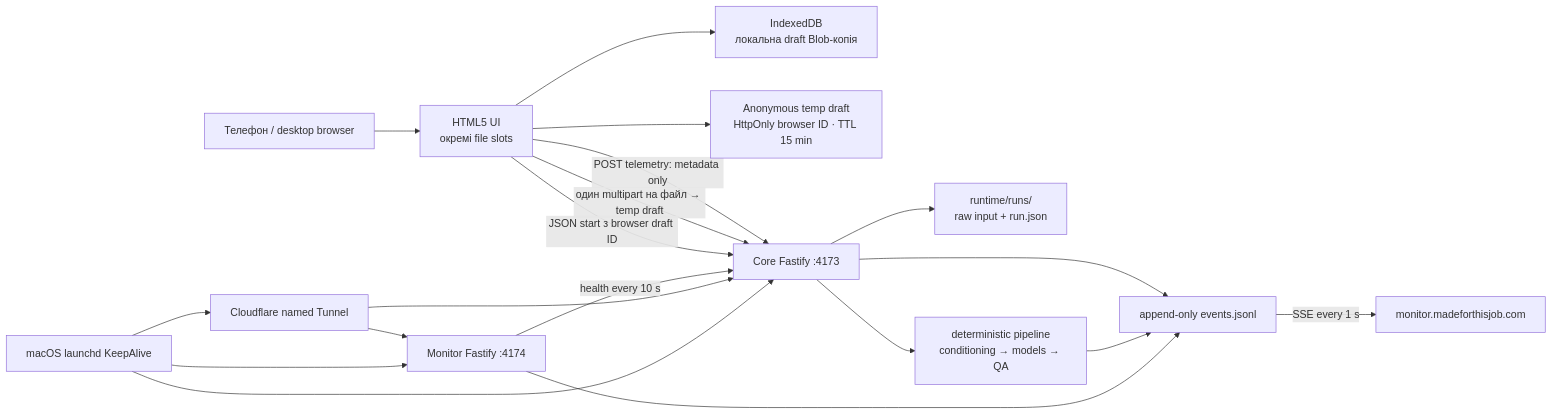
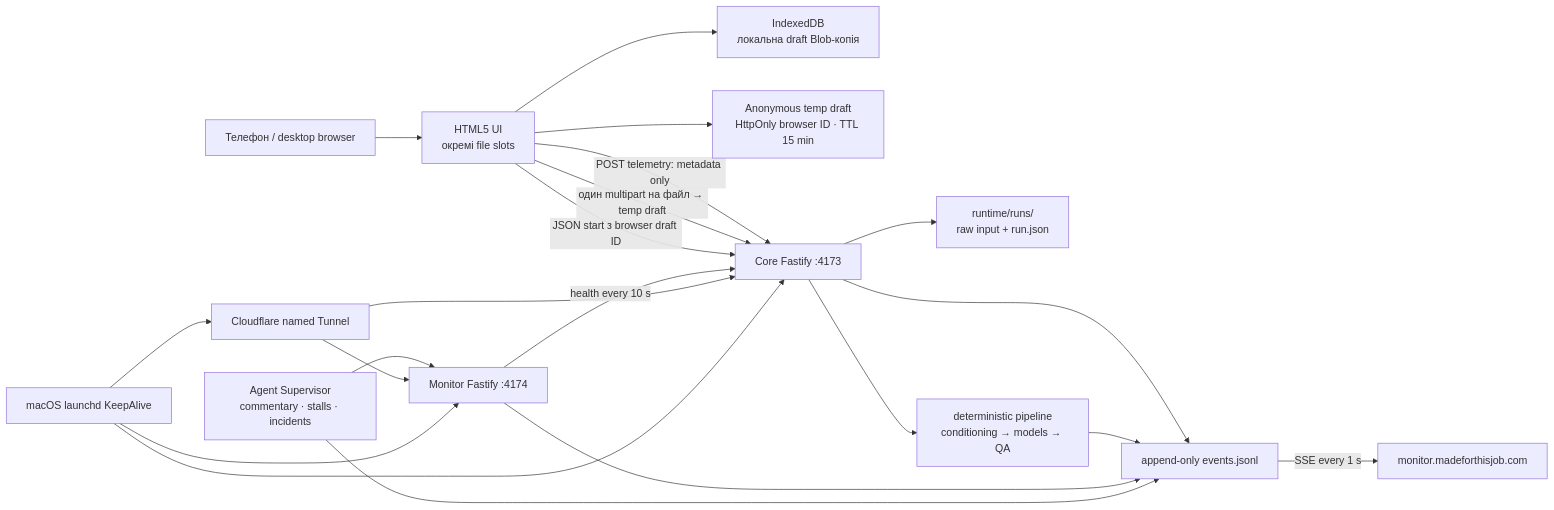
Before and after one commit to edwin0912-00/wardrobe-web2: the diagram in docs/LIVE_MONITORING_UA.md, drawn with Mermaid. The commit also changed other lines of this file and 28 other files, not shown here.

Commit message:
Group garment views and add live agent supervisor

````diff
--- a/docs/LIVE_MONITORING_UA.md
+++ b/docs/LIVE_MONITORING_UA.md
@@ -5,21 +5,23 @@
 ```mermaid
 flowchart LR
   A["Телефон / desktop browser"] --> B["HTML5 UI\nокремі file slots"]
   B --> C["IndexedDB\nлокальна draft Blob-копія"]
   B --> T["Anonymous temp draft\nHttpOnly browser ID · TTL 15 min"]
   B -->|"POST telemetry: metadata only"| D["Core Fastify :4173"]
   B -->|"один multipart на файл → temp draft"| D
   B -->|"JSON start з browser draft ID"| D
   D --> E["runtime/runs/<run-id>\nraw input + run.json"]
   D --> F["deterministic pipeline\nconditioning → models → QA"]
   D --> G["append-only events.jsonl"]
   F --> G
   H["Monitor Fastify :4174"] --> G
+  S["Agent Supervisor\ncommentary · stalls · incidents"] --> G
+  S --> H
   H -->|"health every 10 s"| D
   G -->|"SSE every 1 s"| I["monitor.madeforthisjob.com"]
   J["Cloudflare named Tunnel"] --> D
   J --> H
   K["macOS launchd KeepAlive"] --> D
   K --> H
   K --> J
 ```
````
